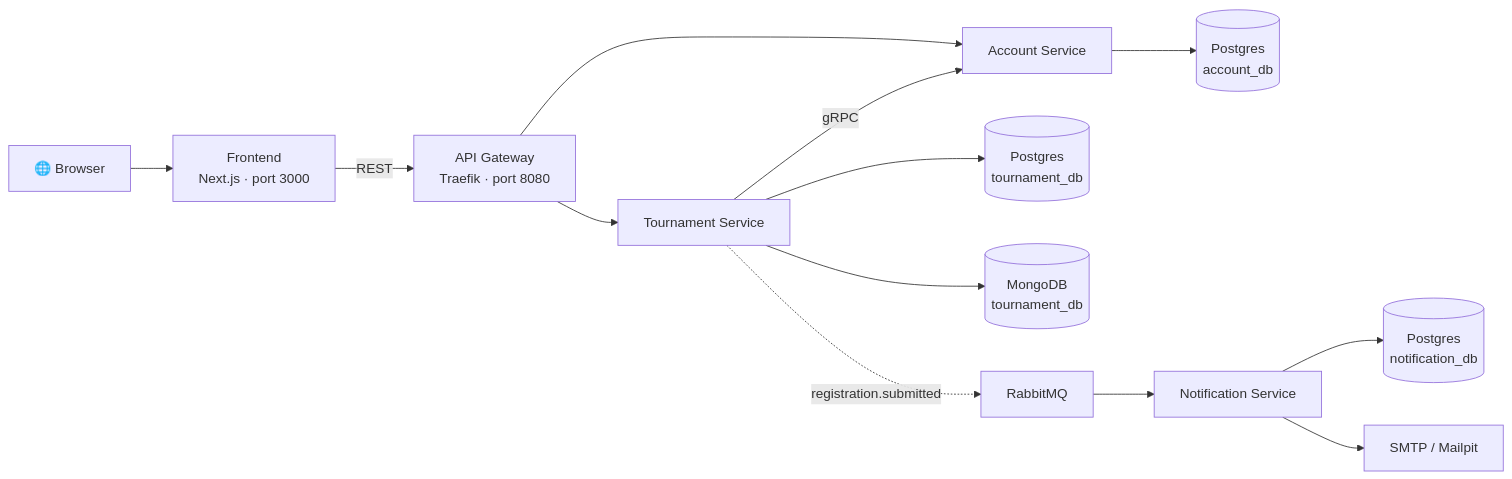
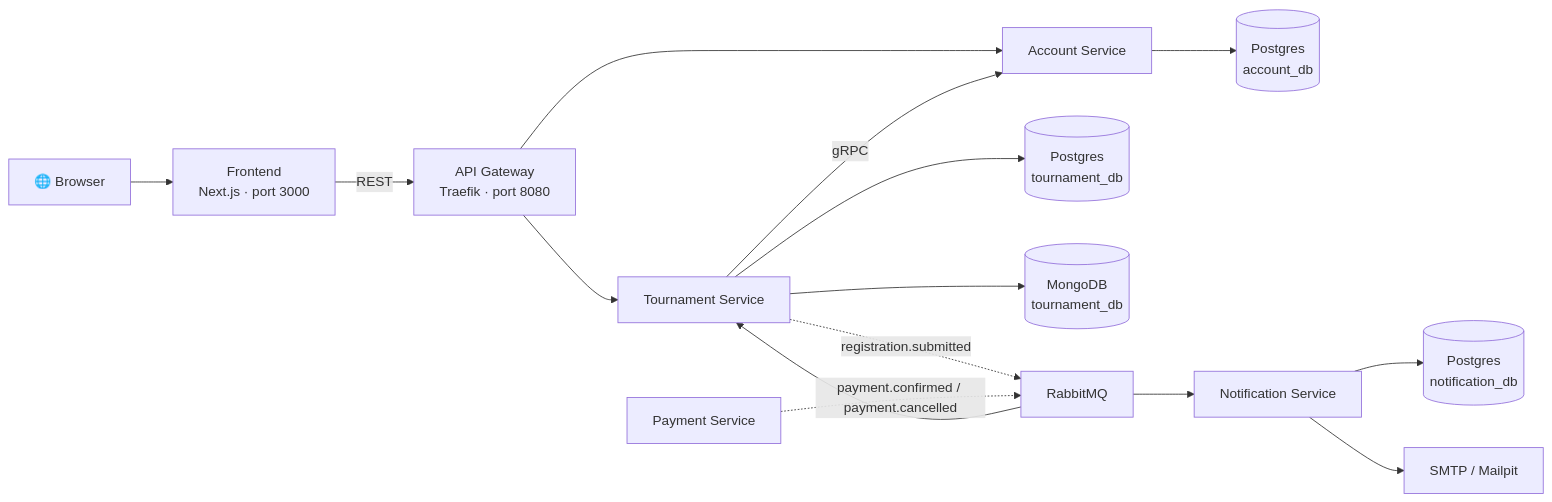
The diagram in README.md (moomaideng/eventory), drawn with Mermaid before and after one commit. The commit also changed 40 other files, not shown here.

````diff
--- a/README.md
+++ b/README.md
@@ -11,15 +11,17 @@
 ```mermaid
 flowchart LR
     Browser["🌐 Browser"] --> FE["Frontend<br/>Next.js · port 3000"]
     FE -->|REST| GW["API Gateway<br/>Traefik · port 8080"]
     GW --> ACC["Account Service"]
     GW --> TOUR["Tournament Service"]
     ACC --> PG[("Postgres<br/>account_db")]
     TOUR --> PG2[("Postgres<br/>tournament_db")]
     TOUR --> MONGO[("MongoDB<br/>tournament_db")]
     TOUR -->|gRPC| ACC
     TOUR -.->|registration.submitted| MQ["RabbitMQ"]
+    PAY["Payment Service"] -.->|payment.confirmed / payment.cancelled| MQ
+    MQ --> TOUR
     MQ --> NOTIFY["Notification Service"]
     NOTIFY --> NPG[("Postgres<br/>notification_db")]
     NOTIFY --> SMTP["SMTP / Mailpit"]
 ```
````
